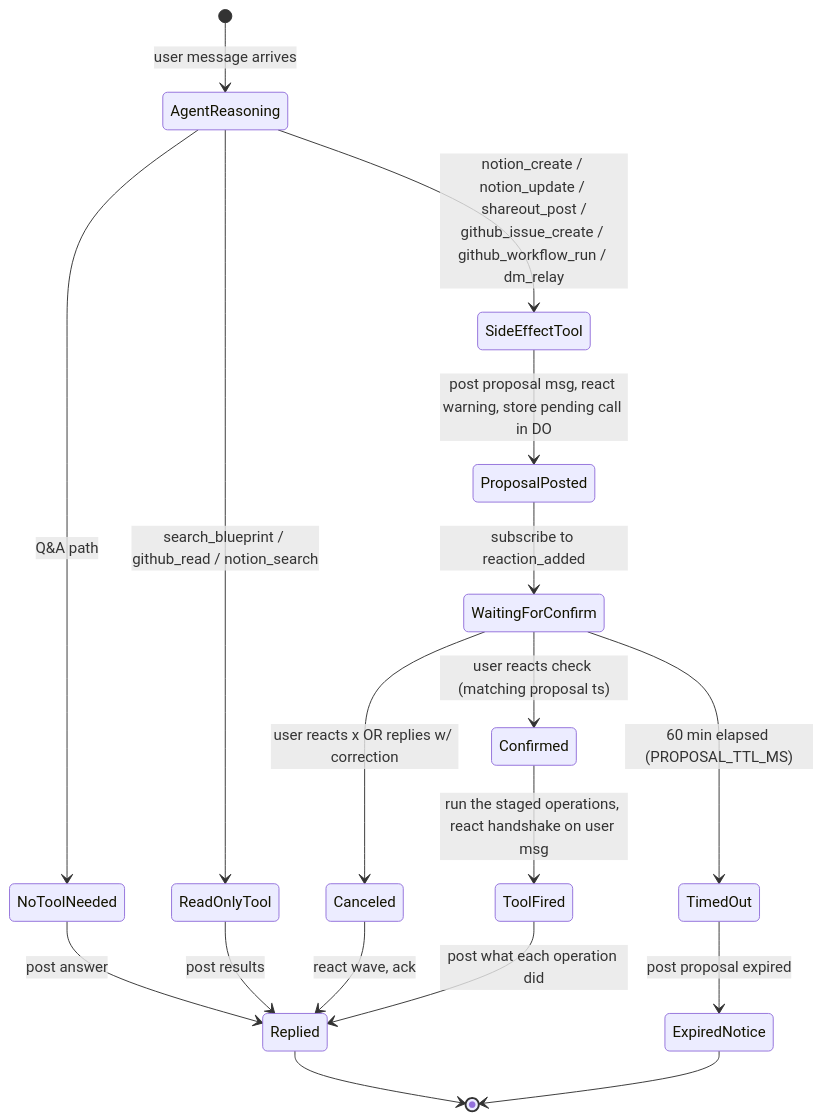
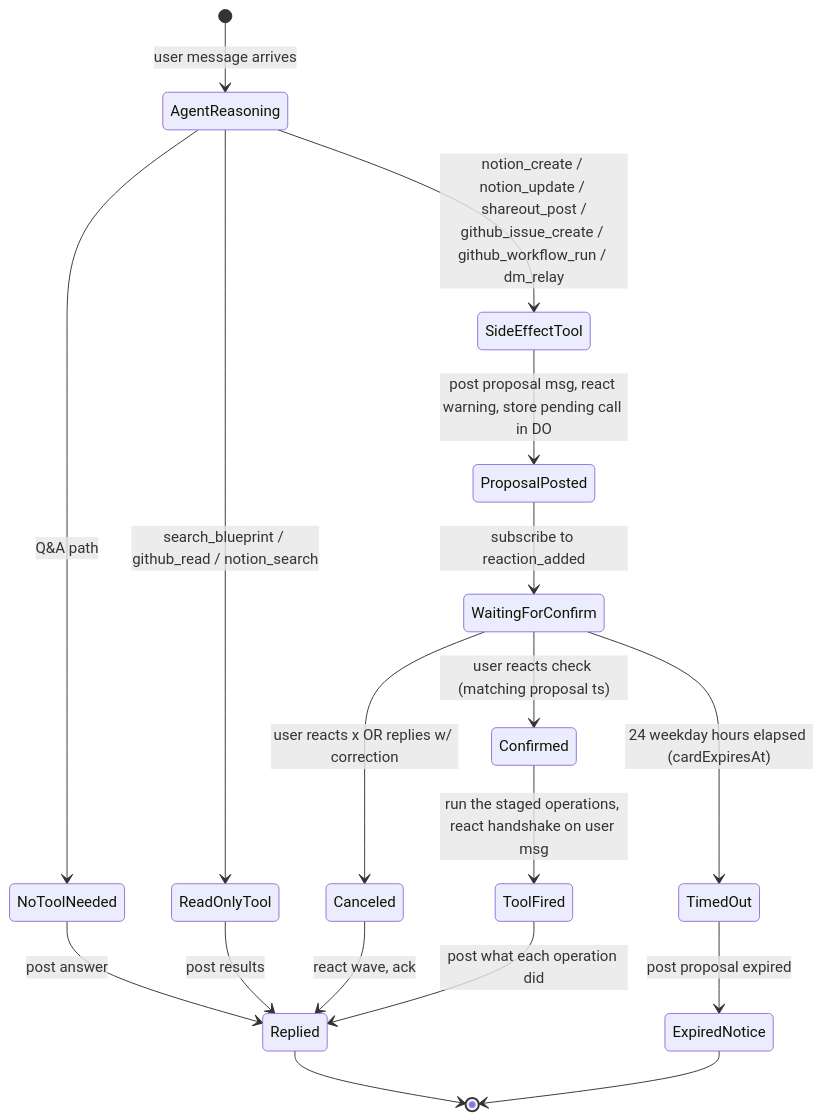
One commit to BilLogic/plus-uno changed the third of 3 diagrams in docs/product-and-service/uno-bot-flowcharts/uno-bot-v2-flowcharts.md. Above: the diagram before and after it, drawn with Mermaid. The commit also changed other lines of this file and 42 other files, not shown here.

````diff
--- a/docs/product-and-service/uno-bot-flowcharts/uno-bot-v2-flowcharts.md
+++ b/docs/product-and-service/uno-bot-flowcharts/uno-bot-v2-flowcharts.md
@@ -142,25 +143,25 @@
 ```mermaid
 stateDiagram-v2
   [*] --> AgentReasoning: user message arrives
   AgentReasoning --> NoToolNeeded: Q&A path
   AgentReasoning --> ReadOnlyTool: search_blueprint / github_read / notion_search
   AgentReasoning --> SideEffectTool: notion_create / notion_update / shareout_post /<br/>github_issue_create / github_workflow_run / dm_relay
 
   NoToolNeeded --> Replied: post answer
   ReadOnlyTool --> Replied: post results
 
   SideEffectTool --> ProposalPosted: post proposal msg, react warning, store pending call in DO
   ProposalPosted --> WaitingForConfirm: subscribe to reaction_added
 
   WaitingForConfirm --> Confirmed: user reacts check (matching proposal ts)
   WaitingForConfirm --> Canceled: user reacts x OR replies w/ correction
-  WaitingForConfirm --> TimedOut: 60 min elapsed (PROPOSAL_TTL_MS)
+  WaitingForConfirm --> TimedOut: 24 weekday hours elapsed (cardExpiresAt)
 
   Confirmed --> ToolFired: run the staged operations, react handshake on user msg
   Canceled --> Replied: react wave, ack
   TimedOut --> ExpiredNotice: post proposal expired
 
   ToolFired --> Replied: post what each operation did
   Replied --> [*]
   ExpiredNotice --> [*]
 ```
````
